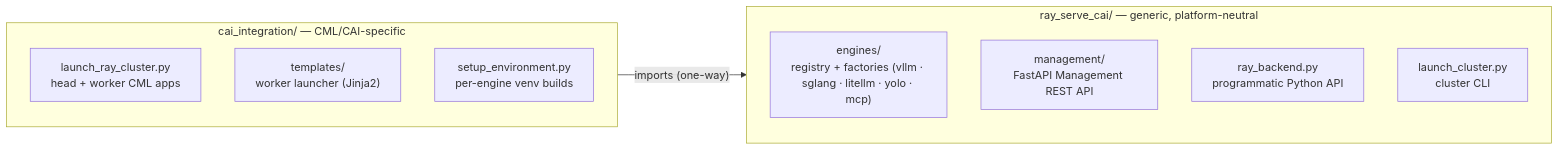
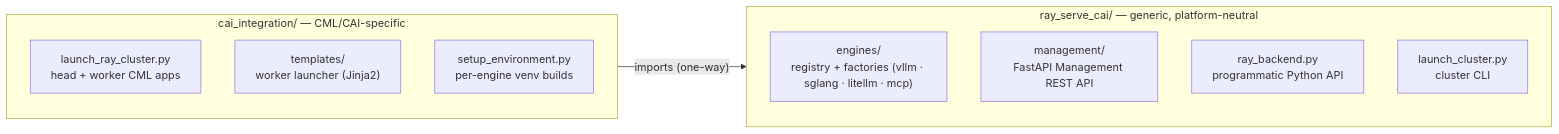
The first of 2 diagrams in README.md (FerdinandZhong/ray-serve-cai), drawn with Mermaid before and after one commit. The commit also changed other lines of this file and 10 other files, not shown here.

````diff
--- a/README.md
+++ b/README.md
@@ -158,17 +160,17 @@
 ```mermaid
 flowchart LR
     subgraph CML["cai_integration/ — CML/CAI-specific"]
         direction TB
         L["launch_ray_cluster.py<br/>head + worker CML apps"]
         T["templates/<br/>worker launcher (Jinja2)"]
         S["setup_environment.py<br/>per-engine venv builds"]
     end
     subgraph GENERIC["ray_serve_cai/ — generic, platform-neutral"]
         direction TB
-        E["engines/<br/>registry + factories (vllm · sglang · litellm · yolo · mcp)"]
+        E["engines/<br/>registry + factories (vllm · sglang · litellm · mcp)"]
         M["management/<br/>FastAPI Management REST API"]
         B["ray_backend.py<br/>programmatic Python API"]
         C["launch_cluster.py<br/>cluster CLI"]
     end
     CML -->|"imports (one-way)"| GENERIC
 ```
````
